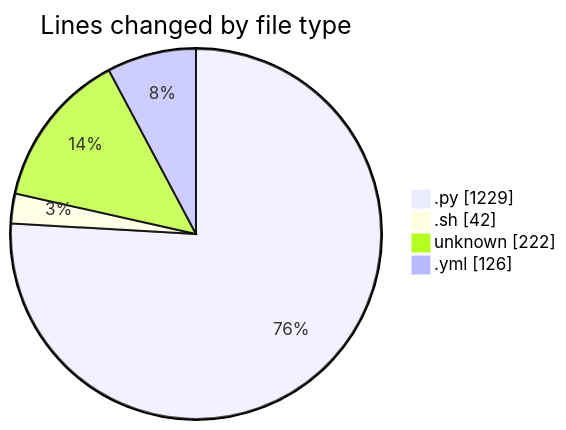
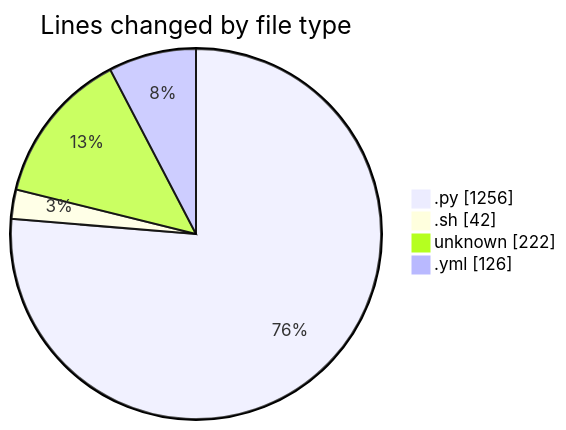
The first of 2 diagrams in 2025-05-14/niten/README.md (Elitesun/code-tracking), drawn with Mermaid before and after one commit. The commit also changed other lines of this file and 1 other file, not shown here.

````diff
--- a/2025-05-14/niten/README.md
+++ b/2025-05-14/niten/README.md
@@ -33,8 +33,8 @@
 ```mermaid
 pie showData
 title Lines changed by file type
-".py" : 1229
+".py" : 1256
 ".sh" : 42
 "unknown" : 222
 ".yml" : 126
 ```
````
